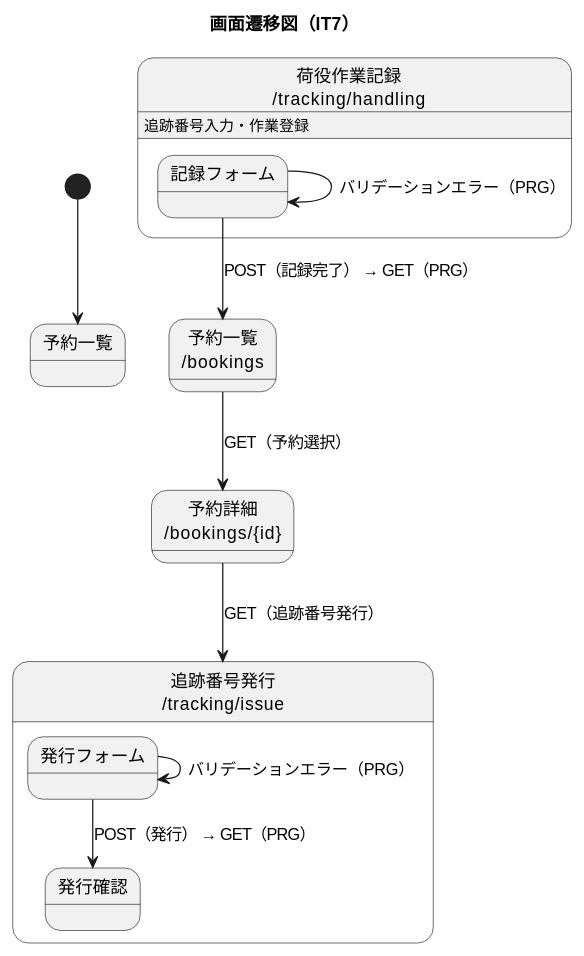
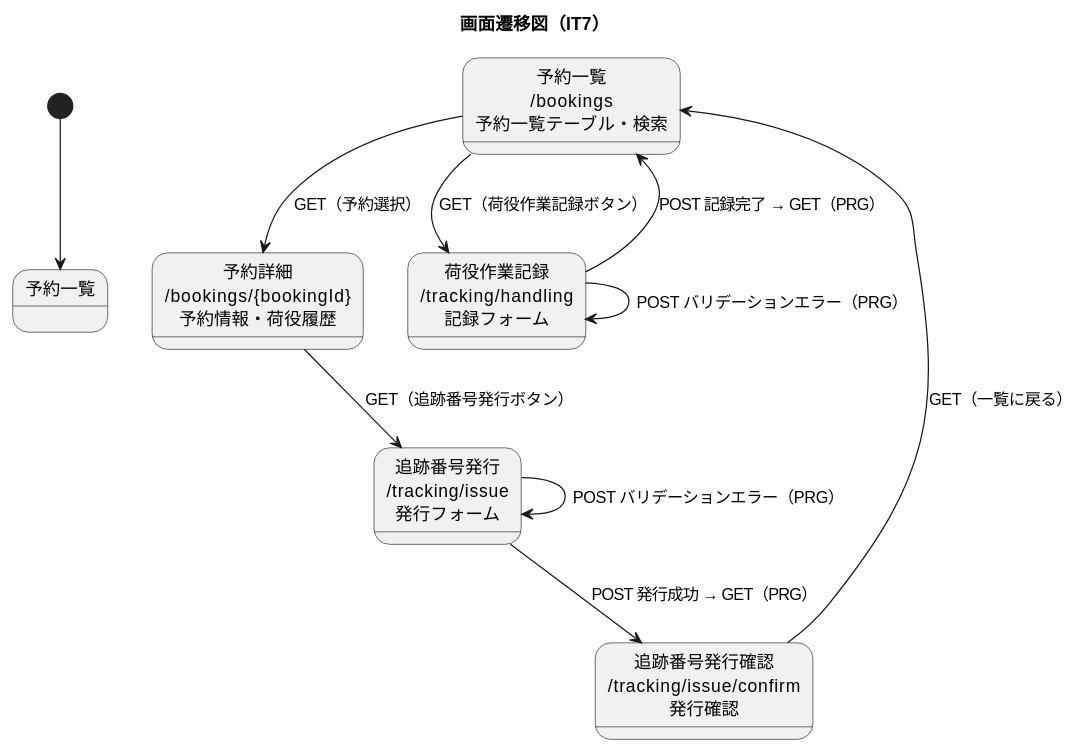
One commit to k2works/case-study-cargo-tracker changed the seventh of 7 diagrams in docs/development/iteration_plan-7.md. Above: the diagram before and after it, drawn with PlantUML. The commit also changed other lines of this file, not shown here.

````diff
--- a/docs/development/iteration_plan-7.md
+++ b/docs/development/iteration_plan-7.md
@@ -300,25 +336,23 @@
 ```plantuml
 @startuml
 title 画面遷移図（IT7）
 
 [*] --> 予約一覧
 
-state "予約一覧\n/bookings" as BL
-state "予約詳細\n/bookings/{id}" as BD
-state "追跡番号発行\n/tracking/issue" as TI {
-  state "発行フォーム" as TIF
-  state "発行確認" as TIC
-}
-state "荷役作業記録\n/tracking/handling" as TH {
-  state "記録フォーム" as THF
-}
+state "予約一覧\n/bookings\n予約一覧テーブル・検索" as BL
+state "予約詳細\n/bookings/{bookingId}\n予約情報・荷役履歴" as BD
+state "追跡番号発行\n/tracking/issue\n発行フォーム" as TIF
+state "追跡番号発行確認\n/tracking/issue/confirm\n発行確認" as TIC
+state "荷役作業記録\n/tracking/handling\n記録フォーム" as THF
 
 BL --> BD : GET（予約選択）
-BD --> TI : GET（追跡番号発行）
-TIF --> TIF : バリデーションエラー（PRG）
-TIF --> TIC : POST（発行） → GET（PRG）
-TH : 追跡番号入力・作業登録
-THF --> THF : バリデーションエラー（PRG）
-THF --> BL : POST（記録完了） → GET（PRG）
+BD --> TIF : GET（追跡番号発行ボタン）
+TIF --> TIF : POST バリデーションエラー（PRG）
+TIF --> TIC : POST 発行成功 → GET（PRG）
+TIC --> BL : GET（一覧に戻る）
+
+BL --> THF : GET（荷役作業記録ボタン）
+THF --> THF : POST バリデーションエラー（PRG）
+THF --> BL : POST 記録完了 → GET（PRG）
 @enduml
 ```
````
